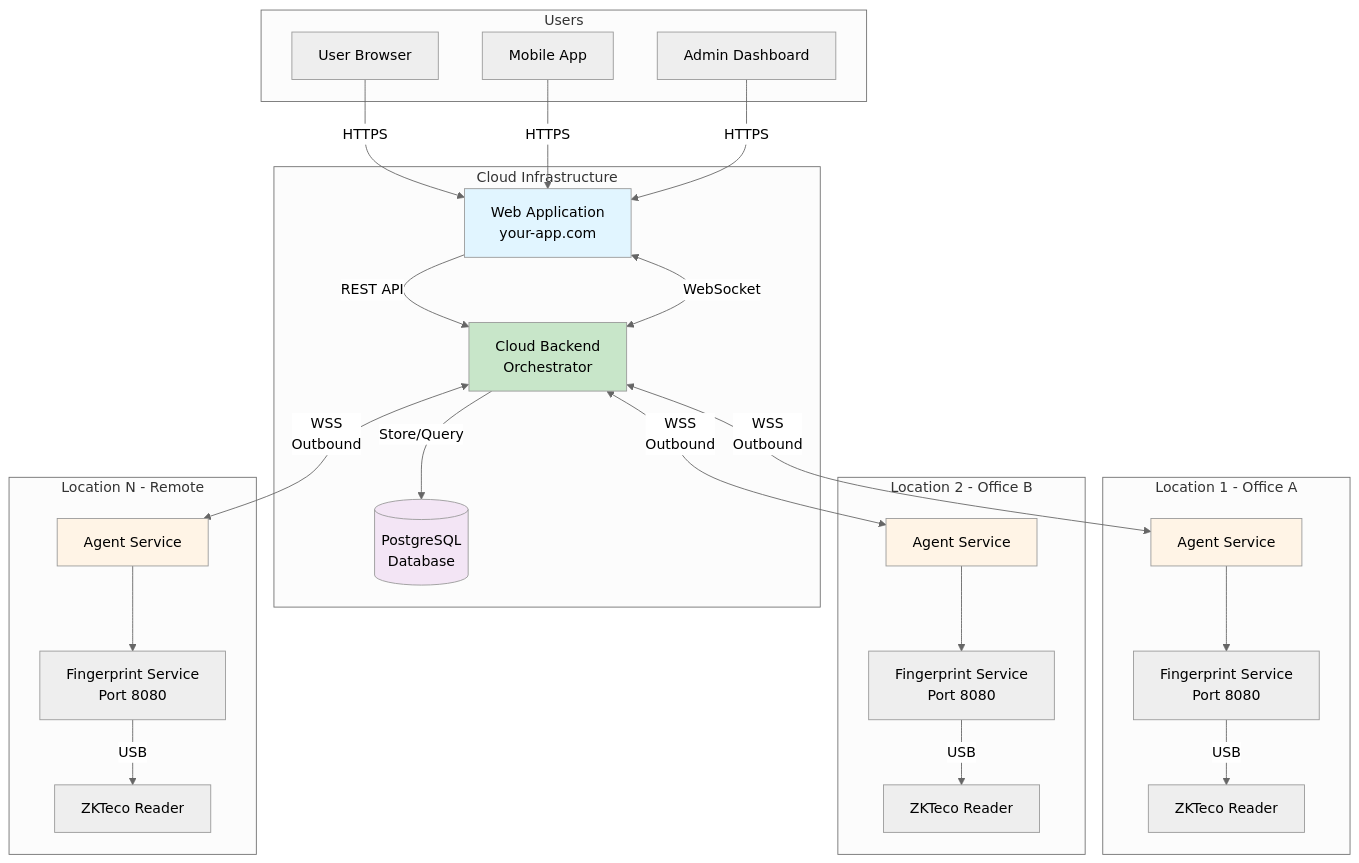
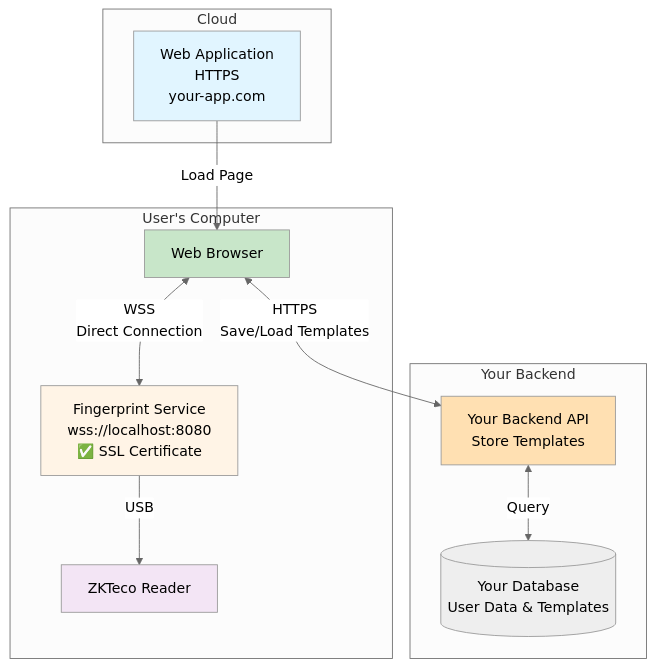
The first of 3 diagrams in docs/intro.md (devkazuto/docs-site-fingerprint), drawn with Mermaid (neutral theme) before and after one commit. The commit also changed other lines of this file and 2 other files, not shown here.

First line of the commit message:
docs(guides): Update fingerprint enrollment and verification flow documentation

````diff
--- a/docs/intro.md
+++ b/docs/intro.md
@@ -17,61 +17,30 @@
 ```mermaid
 graph TB
-    subgraph "Cloud Infrastructure"
-        WebApp[Web Application<br/>your-app.com]
-        CloudBackend[Cloud Backend<br/>Orchestrator]
-        Database[(PostgreSQL<br/>Database)]
+    subgraph "Cloud"
+        WebApp[Web Application<br/>HTTPS<br/>your-app.com]
     end
     
-    subgraph "Location 1 - Office A"
-        Agent1[Agent Service]
-        Service1[Fingerprint Service<br/>Port 8080]
-        Device1[ZKTeco Reader]
+    subgraph "User's Computer"
+        Browser[Web Browser]
+        Service[Fingerprint Service<br/>wss://localhost:8080<br/>✅ SSL Certificate]
+        Device[ZKTeco Reader]
     end
     
-    subgraph "Location 2 - Office B"
-        Agent2[Agent Service]
-        Service2[Fingerprint Service<br/>Port 8080]
-        Device2[ZKTeco Reader]
+    subgraph "Your Backend"
+        Backend[Your Backend API<br/>Store Templates]
+        Database[(Your Database<br/>User Data & Templates)]
     end
     
-    subgraph "Location N - Remote"
-        AgentN[Agent Service]
-        ServiceN[Fingerprint Service<br/>Port 8080]
-        DeviceN[ZKTeco Reader]
-    end
+    WebApp -->|Load Page| Browser
+    Browser <-->|WSS<br/>Direct Connection| Service
+    Service -->|USB| Device
     
-    subgraph "Users"
-        User1[User Browser]
-        User2[Mobile App]
-        User3[Admin Dashboard]
-    end
-    
-    User1 -->|HTTPS| WebApp
-    User2 -->|HTTPS| WebApp
-    User3 -->|HTTPS| WebApp
-    
-    WebApp -->|REST API| CloudBackend
-    WebApp <-->|WebSocket| CloudBackend
-    
-    CloudBackend <-->|WSS<br/>Outbound| Agent1
-    CloudBackend <-->|WSS<br/>Outbound| Agent2
-    CloudBackend <-->|WSS<br/>Outbound| AgentN
-    
-    CloudBackend -->|Store/Query| Database
-    
-    Agent1 --> Service1
-    Service1 -->|USB| Device1
-    
-    Agent2 --> Service2
-    Service2 -->|USB| Device2
-    
-    AgentN --> ServiceN
-    ServiceN -->|USB| DeviceN
+    Browser <-->|HTTPS<br/>Save/Load Templates| Backend
+    Backend <-->|Query| Database
     
     style WebApp fill:#e1f5ff
-    style CloudBackend fill:#c8e6c9
-    style Agent1 fill:#fff4e6
-    style Agent2 fill:#fff4e6
-    style AgentN fill:#fff4e6
-    style Database fill:#f3e5f5
+    style Browser fill:#c8e6c9
+    style Service fill:#fff4e6
+    style Device fill:#f3e5f5
+    style Backend fill:#ffe0b2
 ```
````
